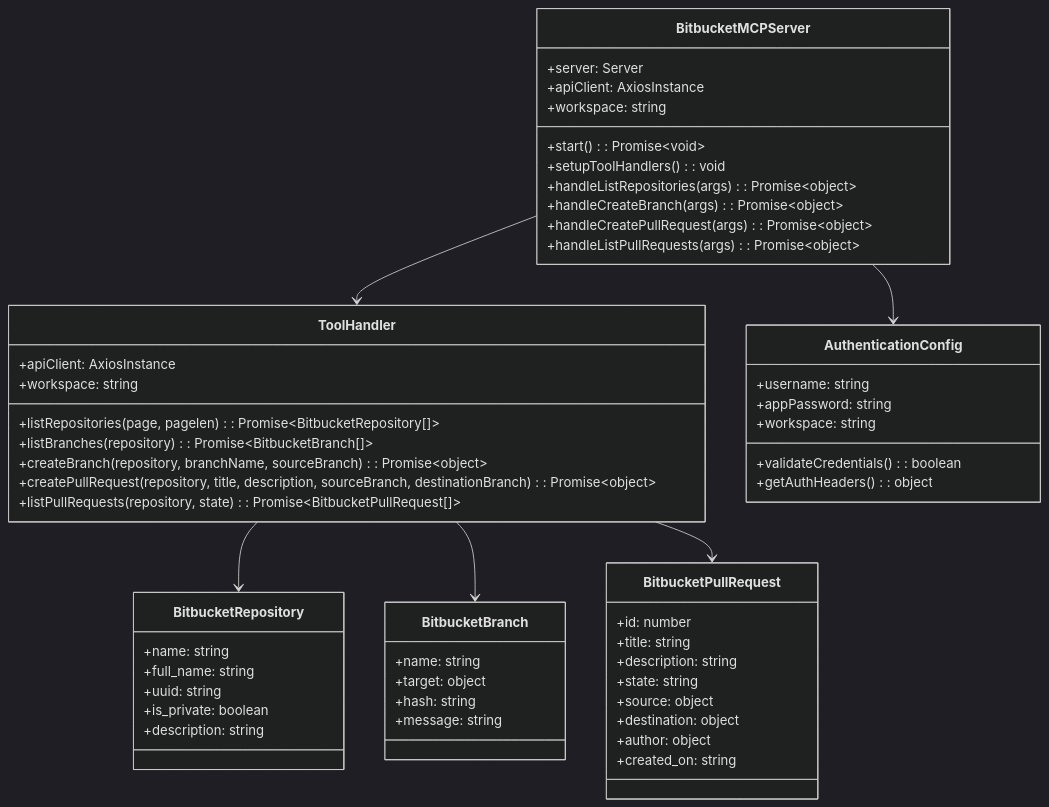
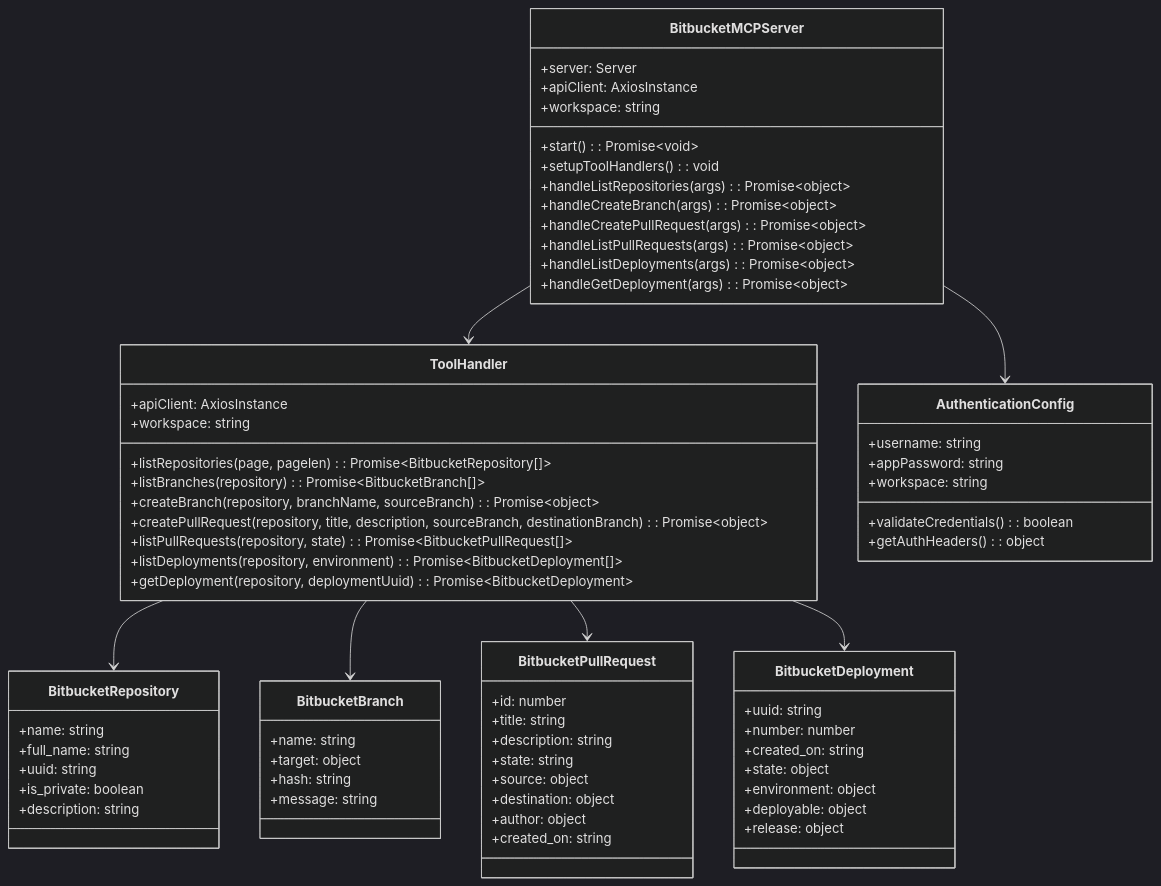
The diagram in docs/code-diagram.md (dhmw/bitbucket-mcp-server), drawn with Mermaid (dark theme) before and after one commit. The commit also changed other lines of this file and 8 other files, not shown here.

````diff
--- a/docs/code-diagram.md
+++ b/docs/code-diagram.md
@@ -11,64 +11,79 @@
 ```mermaid
 classDiagram
     class BitbucketMCPServer {
         +server: Server
         +apiClient: AxiosInstance
         +workspace: string
         +start(): Promise~void~
         +setupToolHandlers(): void
         +handleListRepositories(args): Promise~object~
         +handleCreateBranch(args): Promise~object~
         +handleCreatePullRequest(args): Promise~object~
         +handleListPullRequests(args): Promise~object~
+        +handleListDeployments(args): Promise~object~
+        +handleGetDeployment(args): Promise~object~
     }
 
     class ToolHandler {
         +apiClient: AxiosInstance
         +workspace: string
         +listRepositories(page, pagelen): Promise~BitbucketRepository[]~
         +listBranches(repository): Promise~BitbucketBranch[]~
         +createBranch(repository, branchName, sourceBranch): Promise~object~
         +createPullRequest(repository, title, description, sourceBranch, destinationBranch): Promise~object~
         +listPullRequests(repository, state): Promise~BitbucketPullRequest[]~
+        +listDeployments(repository, environment): Promise~BitbucketDeployment[]~
+        +getDeployment(repository, deploymentUuid): Promise~BitbucketDeployment~
     }
 
     class BitbucketRepository {
         +name: string
         +full_name: string
         +uuid: string
         +is_private: boolean
         +description: string
     }
 
     class BitbucketBranch {
         +name: string
         +target: object
         +hash: string
         +message: string
     }
 
     class BitbucketPullRequest {
         +id: number
         +title: string
         +description: string
         +state: string
         +source: object
         +destination: object
         +author: object
         +created_on: string
     }
 
+    class BitbucketDeployment {
+        +uuid: string
+        +number: number
+        +created_on: string
+        +state: object
+        +environment: object
+        +deployable: object
+        +release: object
+    }
+
     class AuthenticationConfig {
         +username: string
         +appPassword: string
         +workspace: string
         +validateCredentials(): boolean
         +getAuthHeaders(): object
     }
 
     BitbucketMCPServer --> ToolHandler
     BitbucketMCPServer --> AuthenticationConfig
     ToolHandler --> BitbucketRepository
     ToolHandler --> BitbucketBranch
     ToolHandler --> BitbucketPullRequest
+    ToolHandler --> BitbucketDeployment
 ```
````
